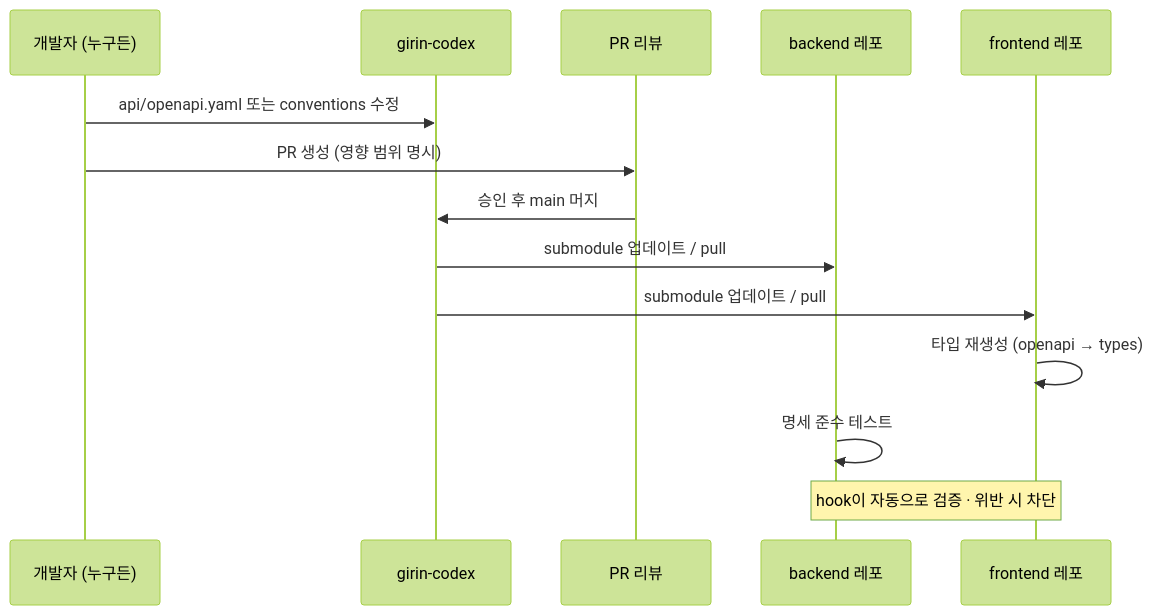
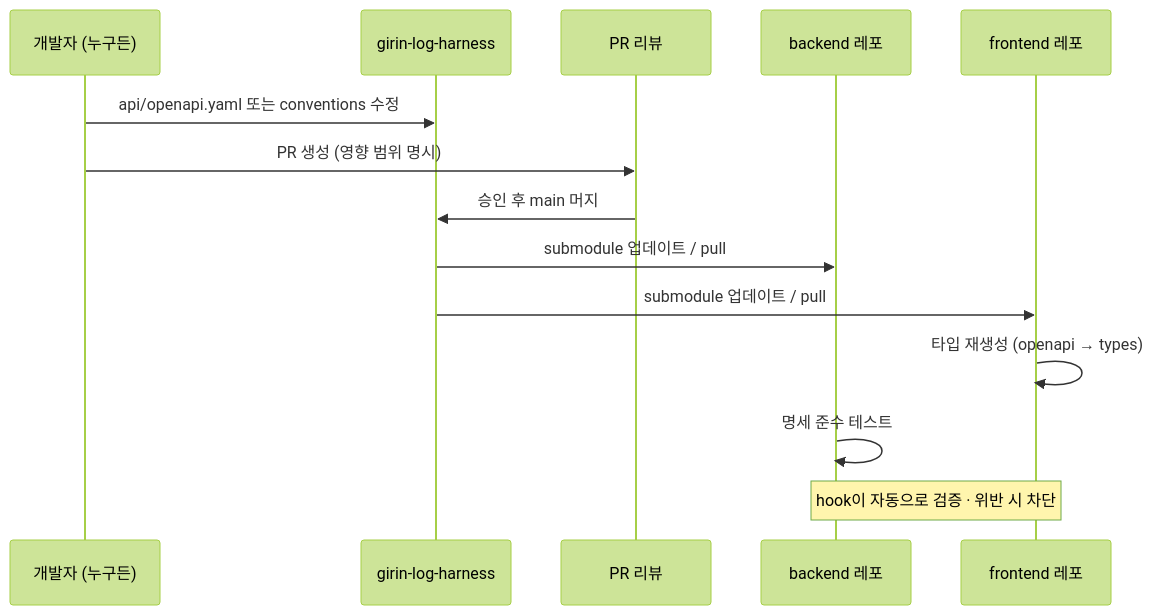
The second of 7 diagrams in README.md (my-girin-log/girin-log-harness), drawn with Mermaid (forest theme) before and after one commit. The commit also changed other lines of this file and 6 other files, not shown here.

````diff
--- a/README.md
+++ b/README.md
@@ -96,16 +97,16 @@
 ```mermaid
 sequenceDiagram
     participant Dev as 개발자 (누구든)
-    participant Codex as girin-codex
+    participant Harness as girin-log-harness
     participant Review as PR 리뷰
     participant BE as backend 레포
     participant FE as frontend 레포
-    Dev->>Codex: api/openapi.yaml 또는 conventions 수정
+    Dev->>Harness: api/openapi.yaml 또는 conventions 수정
     Dev->>Review: PR 생성 (영향 범위 명시)
-    Review->>Codex: 승인 후 main 머지
-    Codex->>BE: submodule 업데이트 / pull
-    Codex->>FE: submodule 업데이트 / pull
+    Review->>Harness: 승인 후 main 머지
+    Harness->>BE: submodule 업데이트 / pull
+    Harness->>FE: submodule 업데이트 / pull
     FE->>FE: 타입 재생성 (openapi → types)
     BE->>BE: 명세 준수 테스트
     Note over BE,FE: hook이 자동으로 검증 · 위반 시 차단
 ```
````
